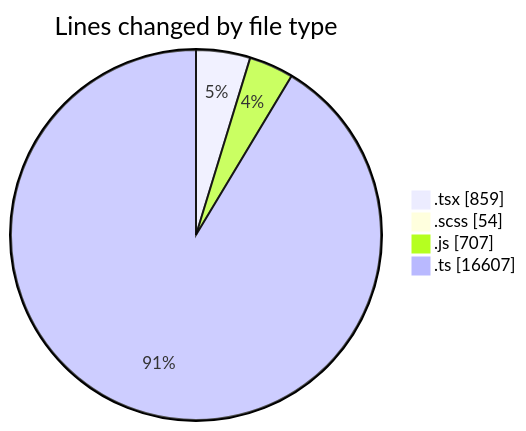
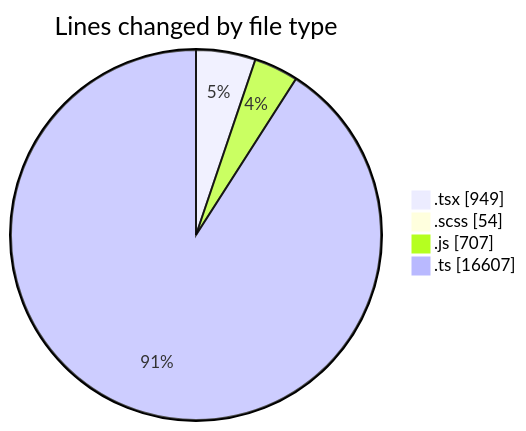
One commit to momahboobian/code-tracking changed the first of 2 diagrams in 2026-07-21/cda/README.md. Above: the diagram before and after it, drawn with Mermaid. The commit also changed other lines of this file and 1 other file, not shown here.

````diff
--- a/2026-07-21/cda/README.md
+++ b/2026-07-21/cda/README.md
@@ -36,8 +36,8 @@
 ```mermaid
 pie showData
 title Lines changed by file type
-".tsx" : 859
+".tsx" : 949
 ".scss" : 54
 ".js" : 707
 ".ts" : 16607
 ```
````
